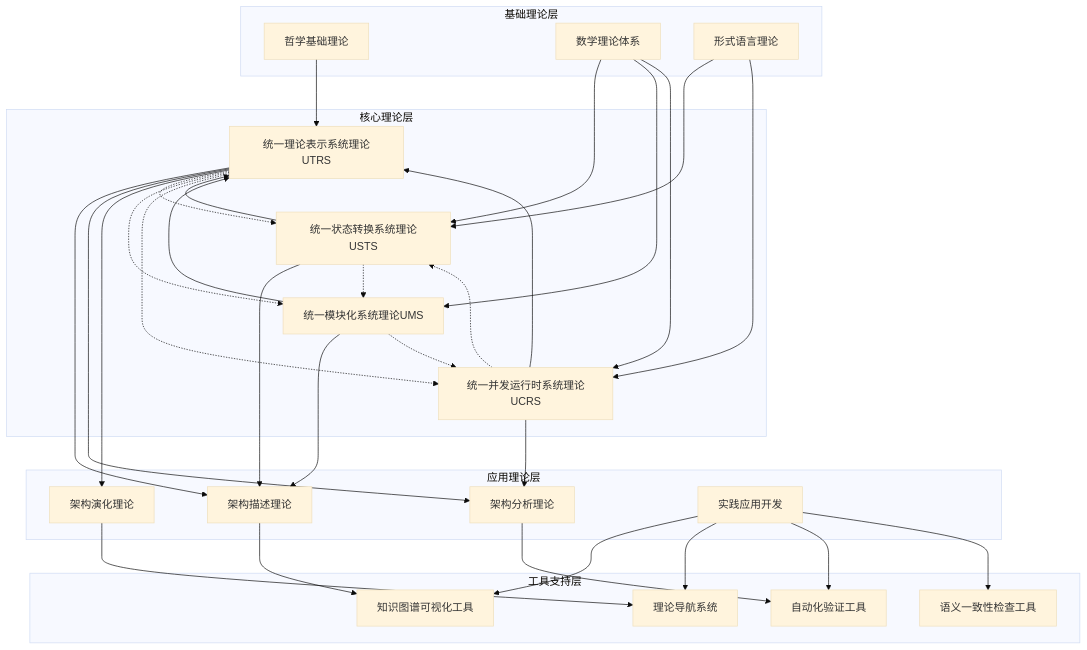
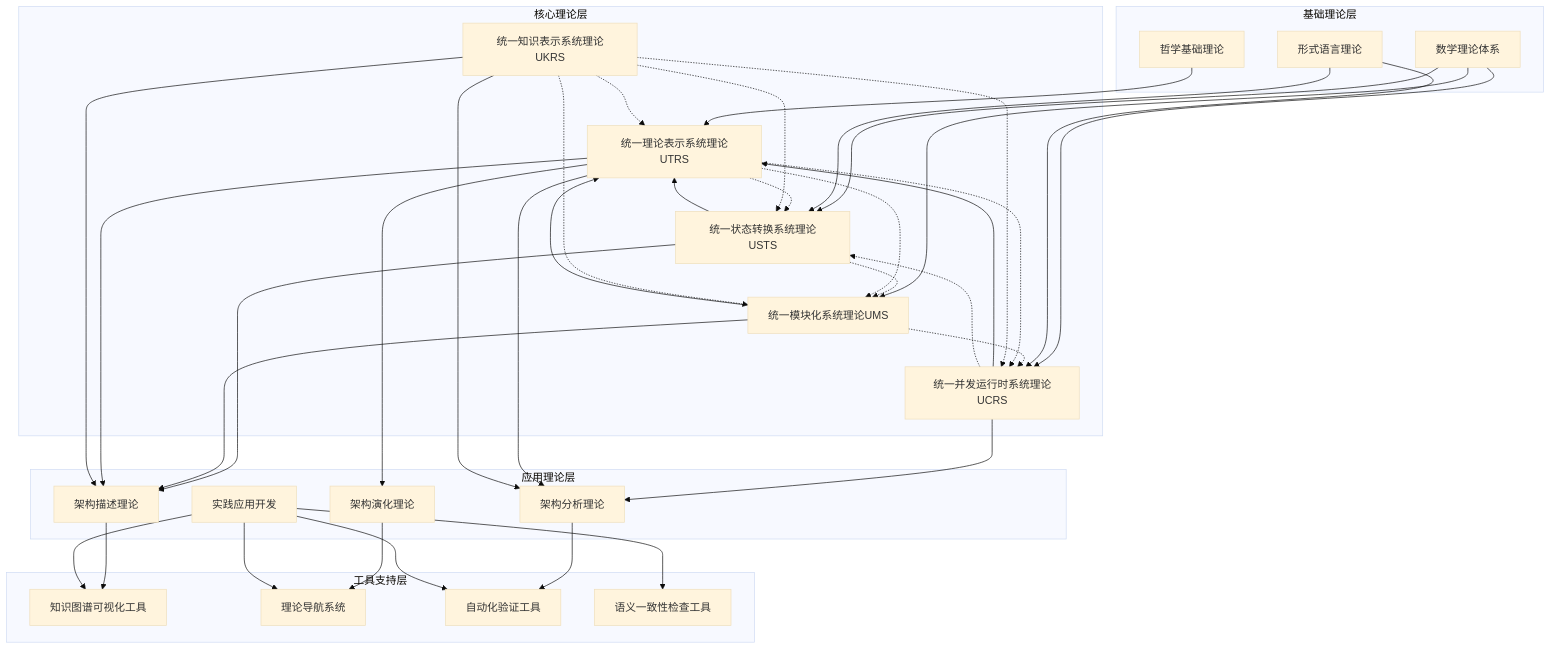
Before and after one commit to AdaMartin18010/formal-architecture: the second of 4 diagrams in Analysis/形式化架构理论导航图.md, drawn with Mermaid (base theme). The commit also changed other lines of this file and 14 other files, not shown here.

````diff
--- a/Analysis/形式化架构理论导航图.md
+++ b/Analysis/形式化架构理论导航图.md
@@ -230,67 +248,74 @@
 ```mermaid
 graph TD
     subgraph "基础理论层"
         A1[哲学基础理论]
         A2[数学理论体系]
         A3[形式语言理论]
     end
     
     subgraph "核心理论层"
         B1[统一状态转换系统理论USTS]
         B2[统一模块化系统理论UMS]
         B3[统一并发运行时系统理论UCRS]
         B4[统一理论表示系统理论UTRS]
+        B5[统一知识表示系统理论UKRS]
     end
     
     subgraph "应用理论层"
         C1[架构描述理论]
         C2[架构分析理论]
         C3[架构演化理论]
         C4[实践应用开发]
     end
     
     subgraph "工具支持层"
         D1[知识图谱可视化工具]
         D2[理论导航系统]
         D3[自动化验证工具]
         D4[语义一致性检查工具]
     end
     
     %% 基础理论到核心理论的映射
     A1 --> B4
     A2 --> B1
     A2 --> B2
     A2 --> B3
     A3 --> B1
     A3 --> B3
     
     %% 核心理论之间的关系
     B1 --> B4
     B2 --> B4
     B3 --> B4
     
     %% 核心理论到应用理论的映射
     B1 --> C1
     B2 --> C1
     B3 --> C2
     B4 --> C1
     B4 --> C2
     B4 --> C3
+    B5 --> C1
+    B5 --> C2
     
     %% 应用理论到工具支持的映射
     C1 --> D1
     C2 --> D3
     C3 --> D2
     C4 --> D1
     C4 --> D2
     C4 --> D3
     C4 --> D4
     
     %% 统一理论之间的协同关系
     B1 -.-> B2
     B2 -.-> B3
     B3 -.-> B1
     B4 -.-> B1
     B4 -.-> B2
     B4 -.-> B3
+    B5 -.-> B1
+    B5 -.-> B2
+    B5 -.-> B3
+    B5 -.-> B4
 ```
````
